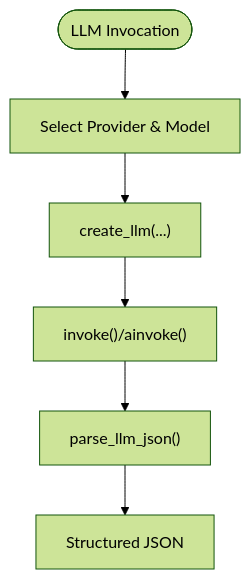
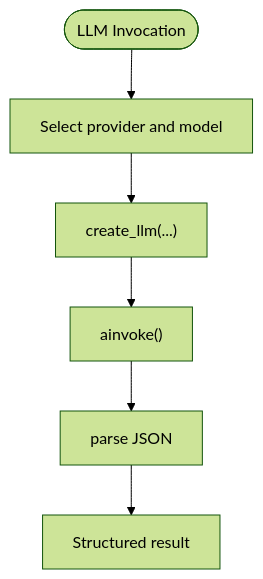
Before and after one commit to tashifkhan/tashif.codes: the fifth of 6 diagrams in src/data/docs/talentsync/Project Overview/Technical Architecture Overview.md, drawn with Mermaid (forest theme). The commit also changed other lines of this file and 2128 other files, not shown here.

First line of the commit message:
docs: replace raster diagram images with native Mermaid across project guides

````diff
--- a/src/data/docs/talentsync/Project Overview/Technical Architecture Overview.md
+++ b/src/data/docs/talentsync/Project Overview/Technical Architecture Overview.md
@@ -130,8 +120,8 @@
 ```mermaid
 flowchart TD
-Start(["LLM Invocation"]) --> CheckProvider["Select Provider & Model"]
+Start(["LLM Invocation"]) --> CheckProvider["Select provider and model"]
 CheckProvider --> CreateLLM["create_llm(...)"]
-CreateLLM --> Invoke["invoke()/ainvoke()"]
-Invoke --> Parse["parse_llm_json()"]
-Parse --> Return["Structured JSON"]
+CreateLLM --> Invoke["ainvoke()"]
+Invoke --> Parse["parse JSON"]
+Parse --> Return["Structured result"]
 ```
````
